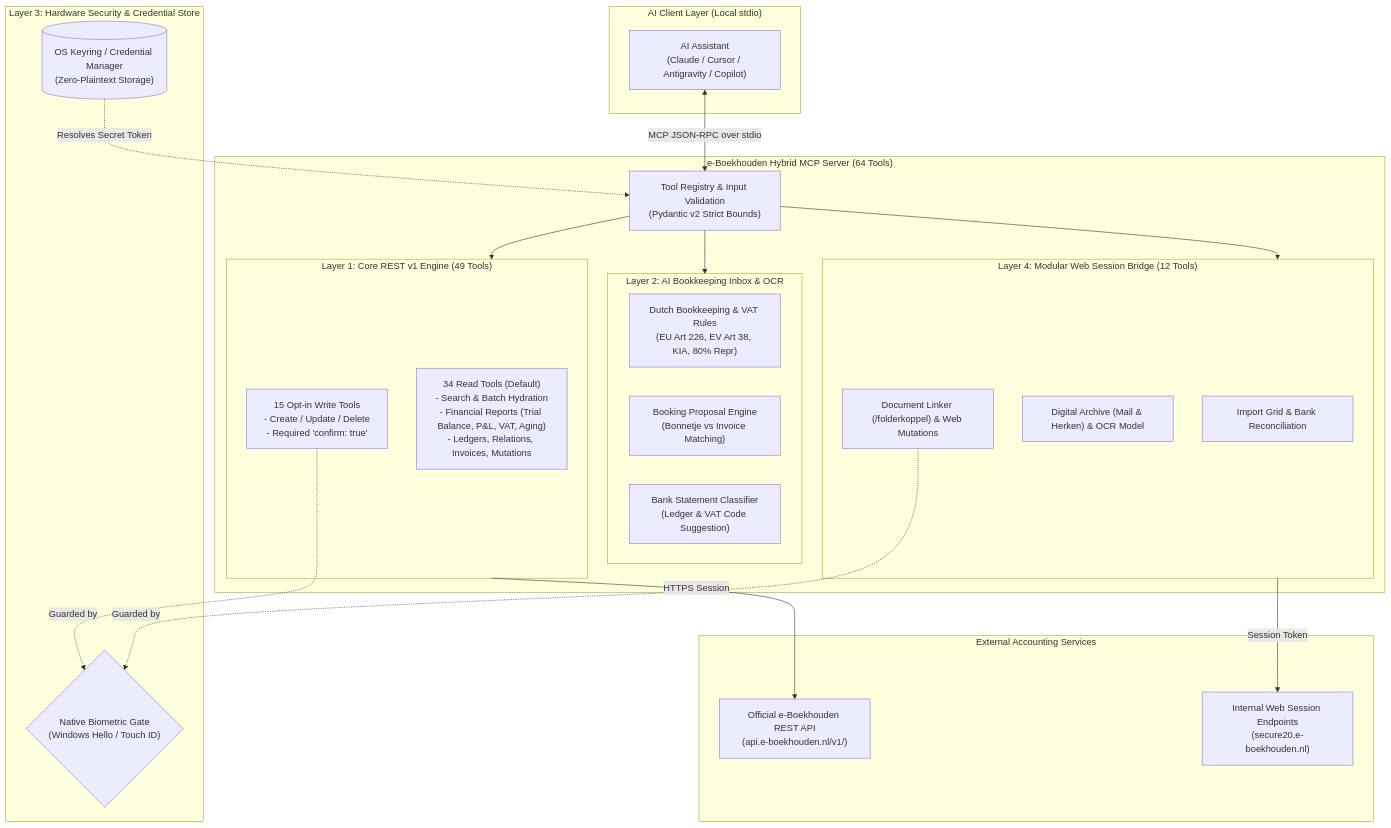
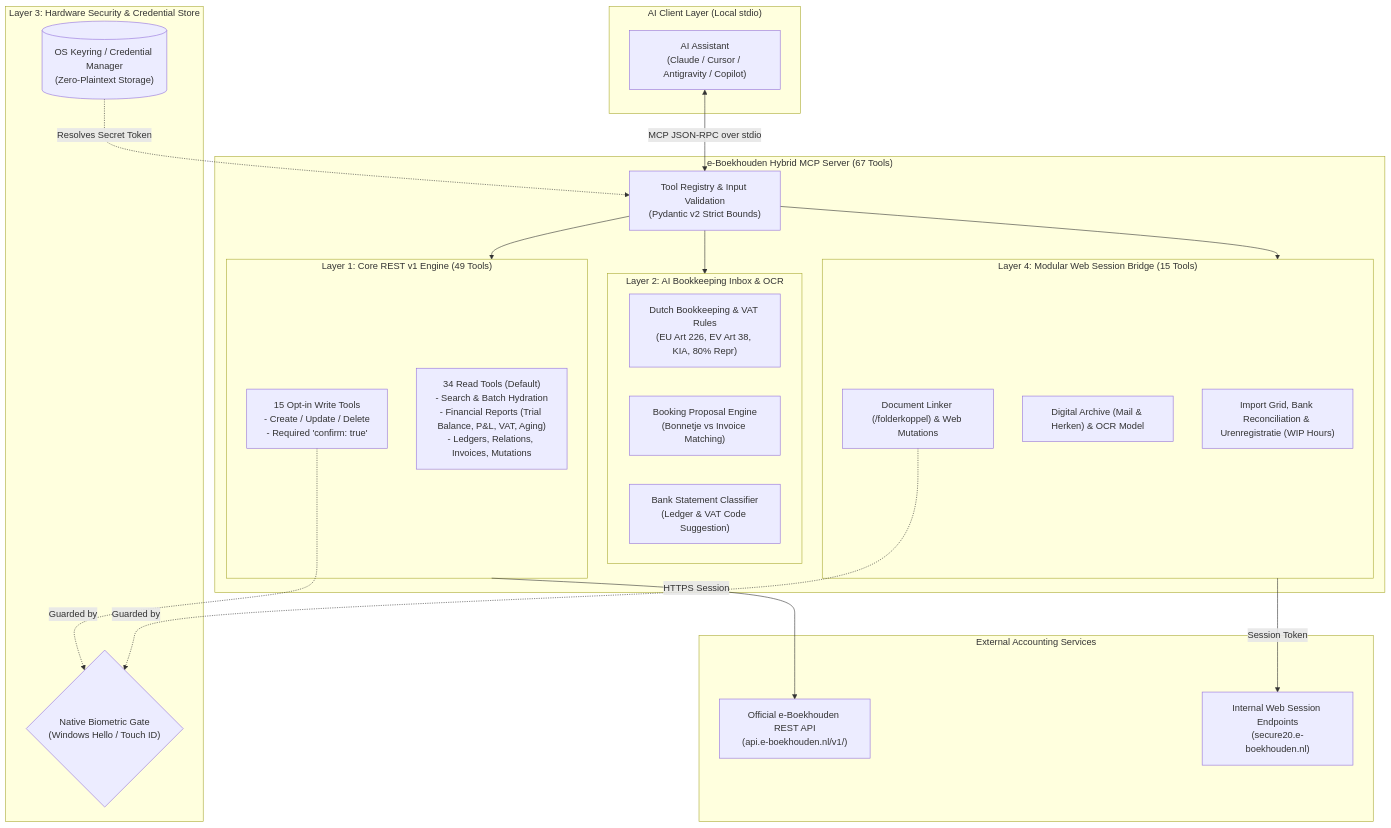
One commit to hemelbesem90s/e-Boekhouden-MCP changed the diagram in README.md. Above: the diagram before and after it, drawn with Mermaid. The commit also changed other lines of this file and 7 other files, not shown here.

Commit message:
feat(web-session): add Urenregistratie time tracking tools and hot-reload keyring token

````diff
--- a/README.md
+++ b/README.md
@@ -43,47 +43,47 @@
 ```mermaid
 flowchart TD
     subgraph ClientLayer["AI Client Layer (Local stdio)"]
         AI["AI Assistant\n(Claude / Cursor / Antigravity / Copilot)"]
     end
 
     subgraph SecurityLayer["Layer 3: Hardware Security & Credential Store"]
         BioGate{"Native Biometric Gate\n(Windows Hello / Touch ID)"}
         KeyringStore[("OS Keyring / Credential Manager\n(Zero-Plaintext Storage)")]
     end
 
-    subgraph MCPServer["e-Boekhouden Hybrid MCP Server (64 Tools)"]
+    subgraph MCPServer["e-Boekhouden Hybrid MCP Server (67 Tools)"]
         Registry["Tool Registry & Input Validation\n(Pydantic v2 Strict Bounds)"]
         
         subgraph L1["Layer 1: Core REST v1 Engine (49 Tools)"]
             RESTRead["34 Read Tools (Default)\n- Search & Batch Hydration\n- Financial Reports (Trial Balance, P&L, VAT, Aging)\n- Ledgers, Relations, Invoices, Mutations"]
             RESTWrite["15 Opt-in Write Tools\n- Create / Update / Delete\n- Required 'confirm: true'"]
         end
 
         subgraph L2["Layer 2: AI Bookkeeping Inbox & OCR"]
             DutchRules["Dutch Bookkeeping & VAT Rules\n(EU Art 226, EV Art 38, KIA, 80% Repr)"]
             Proposal["Booking Proposal Engine\n(Bonnetje vs Invoice Matching)"]
             BankClassify["Bank Statement Classifier\n(Ledger & VAT Code Suggestion)"]
         end
 
-        subgraph L4["Layer 4: Modular Web Session Bridge (12 Tools)"]
-            WebGrid["Import Grid & Bank Reconciliation"]
+        subgraph L4["Layer 4: Modular Web Session Bridge (15 Tools)"]
+            WebGrid["Import Grid, Bank Reconciliation & Urenregistratie (WIP Hours)"]
             WebArchive["Digital Archive (Mail & Herken) & OCR Model"]
             WebAttach["Document Linker (/folderkoppel) & Web Mutations"]
         end
     end
 
     subgraph RemoteAPI["External Accounting Services"]
         OfficialAPI["Official e-Boekhouden REST API\n(api.e-boekhouden.nl/v1/)"]
         WebSession["Internal Web Session Endpoints\n(secure20.e-boekhouden.nl)"]
     end
 
     AI <-->|MCP JSON-RPC over stdio| Registry
     KeyringStore -.->|Resolves Secret Token| Registry
     Registry --> L1
     Registry --> L2
     Registry --> L4
     RESTWrite -.->|Guarded by| BioGate
     WebAttach -.->|Guarded by| BioGate
     L1 -->|HTTPS Session| OfficialAPI
     L4 -->|Session Token| WebSession
 ```
````
